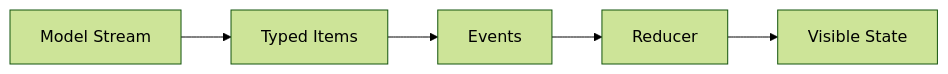
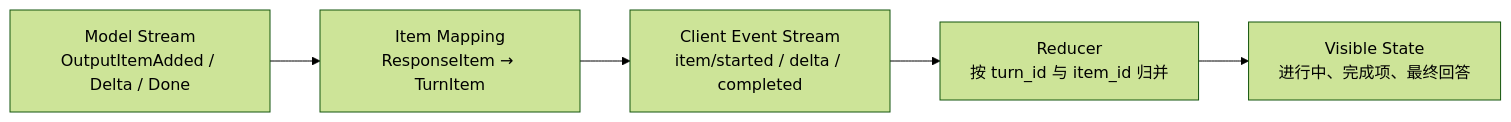
Before and after one commit to zz1403489227-crypto/learn-codex: the diagram in s02_streaming_items/README.md, drawn with Mermaid (forest theme). The commit also changed other lines of this file and 4 other files, not shown here.

````diff
--- a/s02_streaming_items/README.md
+++ b/s02_streaming_items/README.md
@@ -3,7 +3,7 @@
 ```mermaid
 flowchart LR
-    M["Model Stream"] --> I["Typed Items"]
-    I --> E["Events"]
-    E --> R["Reducer"]
-    R --> S["Visible State"]
+    MS["Model Stream<br/>OutputItemAdded / Delta / Done"] --> MP["Item Mapping<br/>ResponseItem → TurnItem"]
+    MP --> ES["Client Event Stream<br/>item/started / delta / completed"]
+    ES --> R["Reducer<br/>按 turn_id 与 item_id 归并"]
+    R --> V["Visible State<br/>进行中、完成项、最终回答"]
 ```
````
